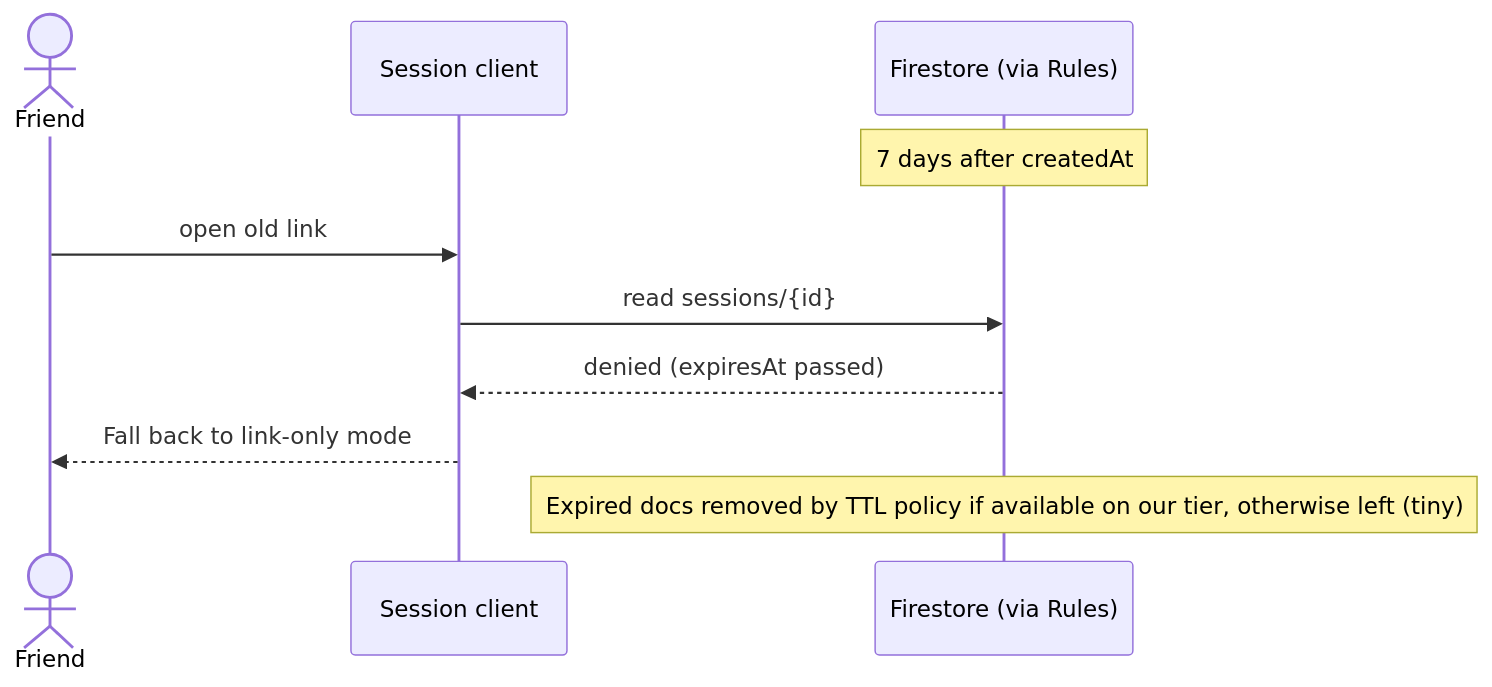
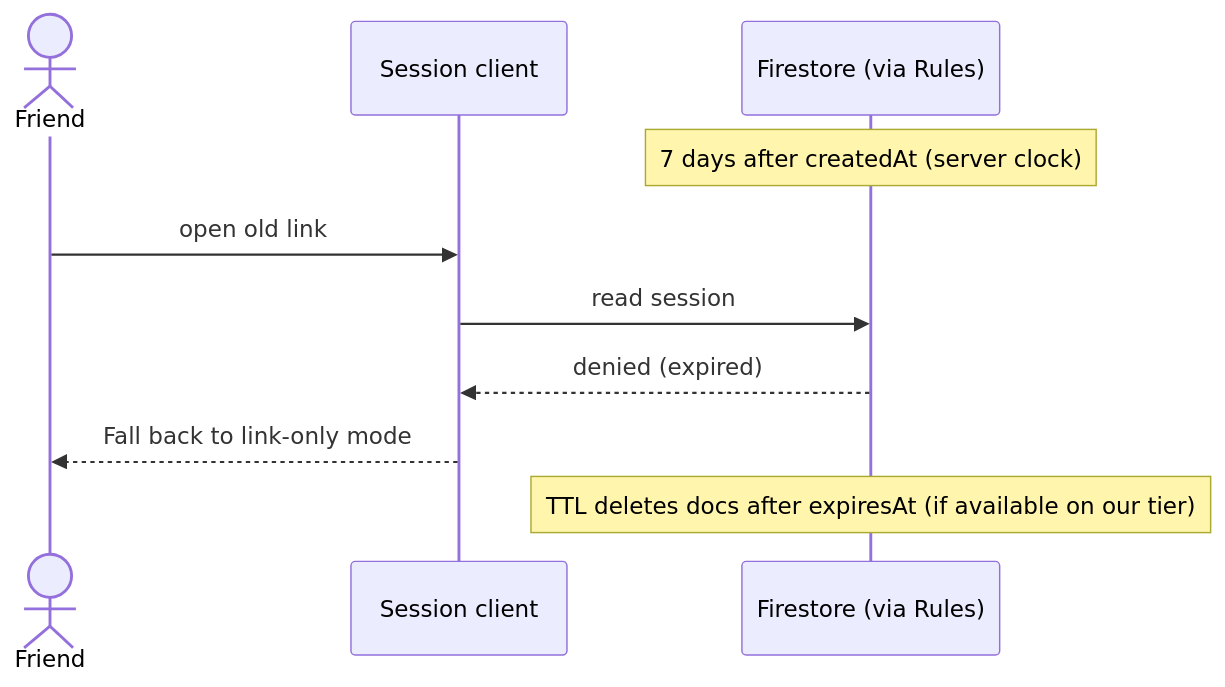
The eighth of 8 diagrams in planning/live-bill-status.plan.md (quasarbright/dinner-debt), drawn with Mermaid before and after one commit. The commit also changed other lines of this file, not shown here.

First line of the commit message:
Revise live bill status plan: local selection vs payment, host-own items, content-based keys, server-side timestamps

````diff
--- a/planning/live-bill-status.plan.md
+++ b/planning/live-bill-status.plan.md
@@ -216,13 +266,13 @@
 ```mermaid
 sequenceDiagram
   actor Friend
   participant Client as Session client
   participant FS as Firestore (via Rules)
 
-  Note over FS: 7 days after createdAt
+  Note over FS: 7 days after createdAt (server clock)
   Friend->>Client: open old link
-  Client->>FS: read sessions/{id}
-  FS-->>Client: denied (expiresAt passed)
+  Client->>FS: read session
+  FS-->>Client: denied (expired)
   Client-->>Friend: Fall back to link-only mode
-  Note over FS: Expired docs removed by TTL policy if available on our tier, otherwise left (tiny)
+  Note over FS: TTL deletes docs after expiresAt (if available on our tier)
 ```
````
